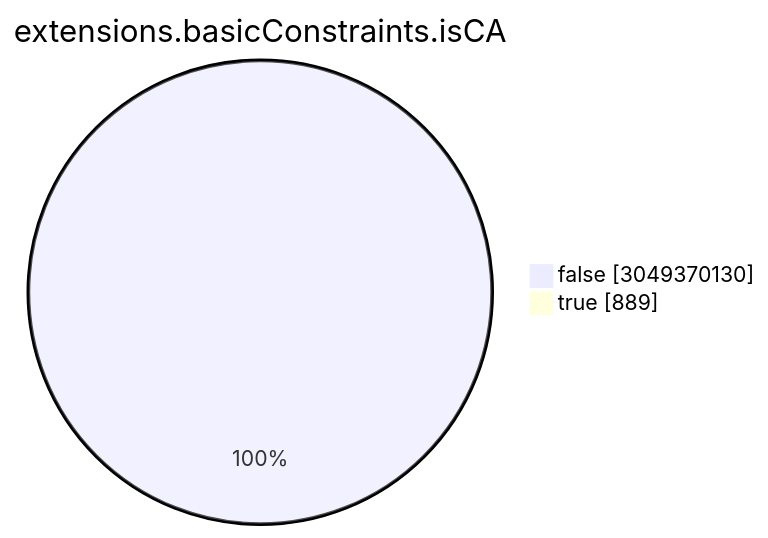
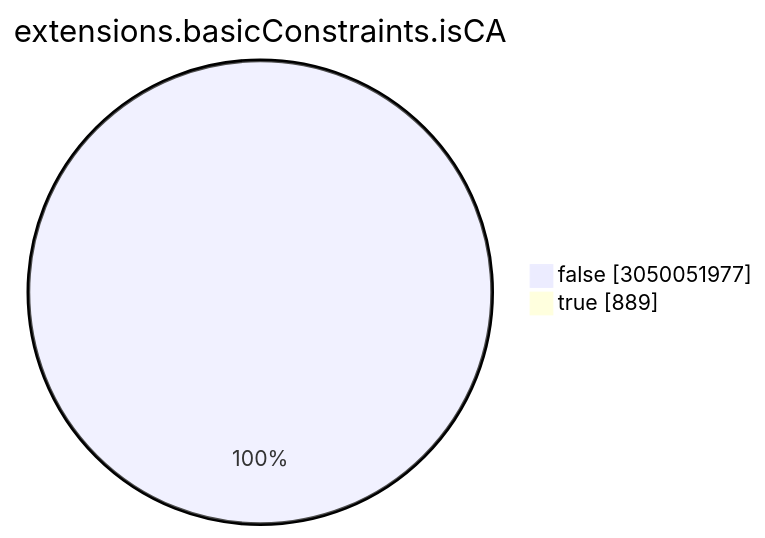
The seventh of 15 diagrams in TOTAL/README.md (christiankrug/ctmonitor_visualization), drawn with Mermaid before and after one commit. The commit also changed other lines of this file, not shown here.

````diff
--- a/TOTAL/README.md
+++ b/TOTAL/README.md
@@ -3086,6 +3086,6 @@
 ```mermaid
 pie showData
 title extensions.basicConstraints.isCA
-"false" :3049370130
+"false" :3050051977
 "true" :889
 ```
````
